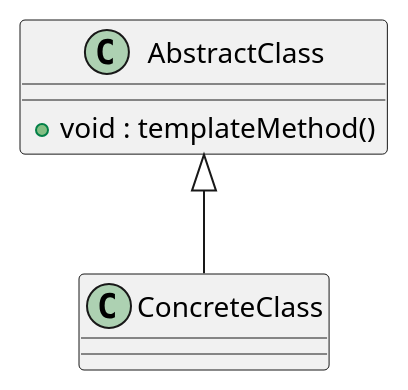
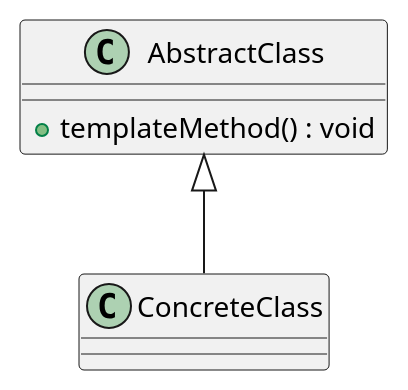
One commit to untangh/DesignPatternWithCSharp changed the diagram in Patterns/TemplatePattern/ClassDiagram.pu. Above: the diagram before and after it, drawn with PlantUML. The commit also changed 14 other files, not shown here.

Commit message:
doc : Class Diagram

```diff
--- a/Patterns/TemplatePattern/ClassDiagram.pu
+++ b/Patterns/TemplatePattern/ClassDiagram.pu
@@ -1,11 +1,11 @@
 @startuml
 class AbstractClass{
-	+void : templateMethod()
+	+templateMethod() : void
 }
 
 class ConcreteClass{
 
 }
 
 AbstractClass <|-- ConcreteClass
 @enduml
```
